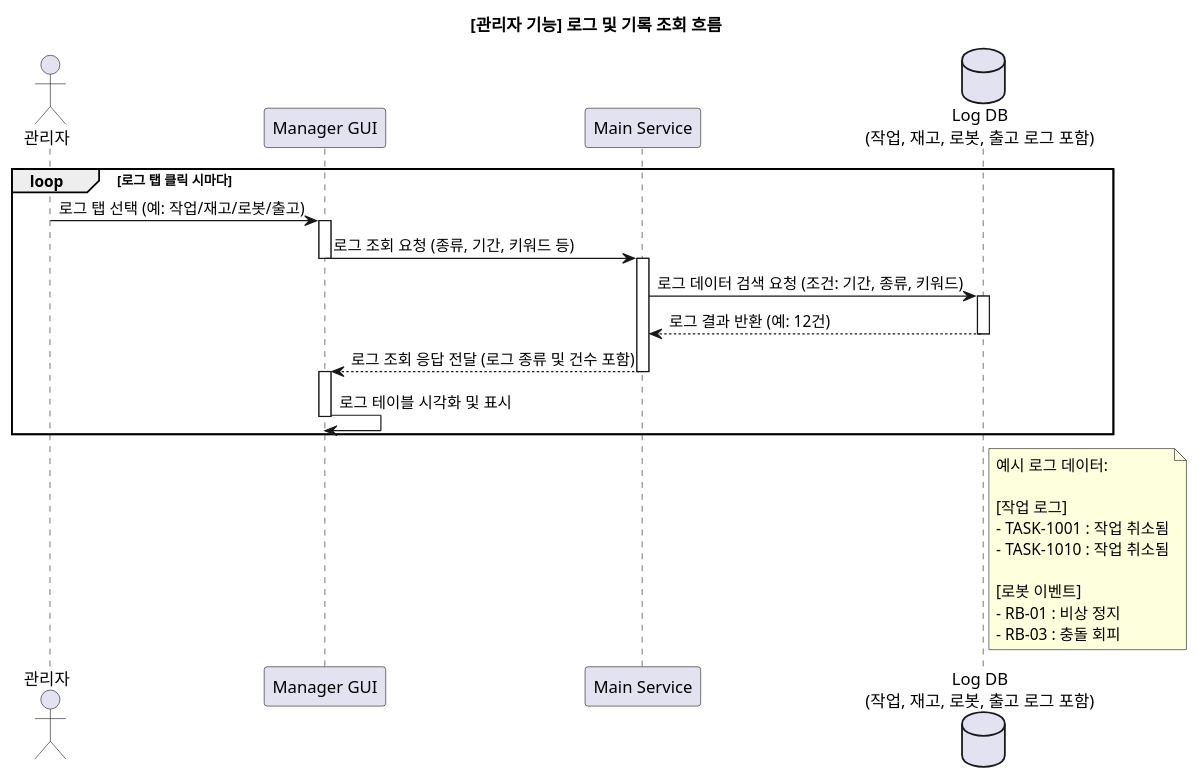
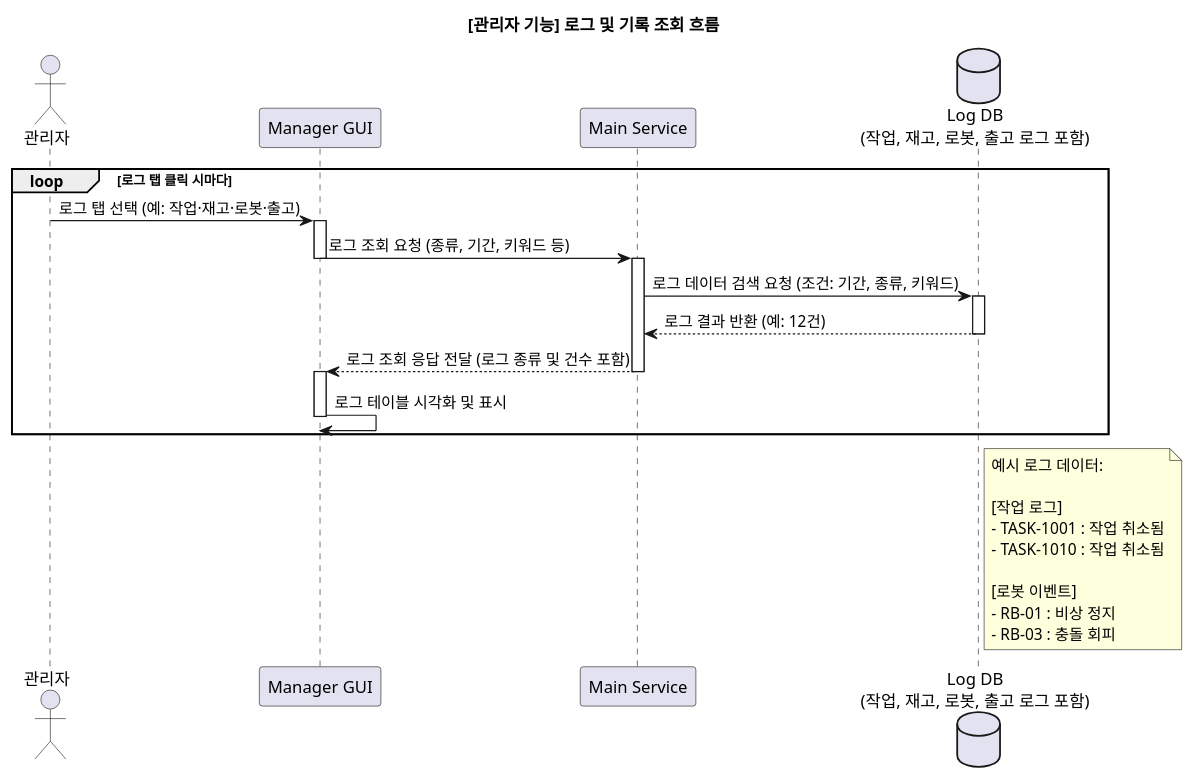
Before and after one commit to mumallaeng/Career: the diagram in src/content/activities/shoepernoma/sequence-diagram/5. log-and-audit-flow.puml, drawn with PlantUML. The commit also changed 58 other files, not shown here.

```diff
--- a/src/content/activities/shoepernoma/sequence-diagram/5. log-and-audit-flow.puml
+++ b/src/content/activities/shoepernoma/sequence-diagram/5. log-and-audit-flow.puml
@@ -1,40 +1,40 @@
 @startuml
 title [관리자 기능] 로그 및 기록 조회 흐름
 
 actor 관리자 as Manager
 participant "Manager GUI" as GUI
 participant "Main Service" as Main
 database "Log DB\n(작업, 재고, 로봇, 출고 로그 포함)" as DB
 
 loop 로그 탭 클릭 시마다
-    Manager -> GUI : 로그 탭 선택 (예: 작업/재고/로봇/출고)
+    Manager -> GUI : 로그 탭 선택 (예: 작업·재고·로봇·출고)
     activate GUI
     GUI -> Main : 로그 조회 요청 (종류, 기간, 키워드 등)
     deactivate GUI
 
     activate Main
     Main -> DB : 로그 데이터 검색 요청 (조건: 기간, 종류, 키워드)
     activate DB
     DB --> Main : 로그 결과 반환 (예: 12건)
     deactivate DB
 
     Main --> GUI : 로그 조회 응답 전달 (로그 종류 및 건수 포함)
     deactivate Main
 
     activate GUI
     GUI -> GUI : 로그 테이블 시각화 및 표시
     deactivate GUI
 end
 
 note right of DB
 예시 로그 데이터:
 
 [작업 로그]
 - TASK-1001 : 작업 취소됨
 - TASK-1010 : 작업 취소됨
 
 [로봇 이벤트]
 - RB-01 : 비상 정지
 - RB-03 : 충돌 회피
 end note
 @enduml
```
